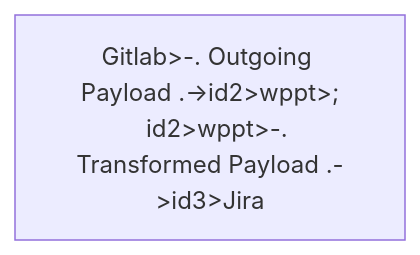
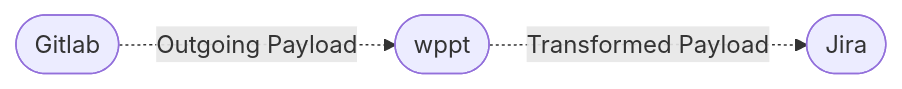
Before and after one commit to redhat-performance/wppt: the diagram in README.md, drawn with Mermaid.

Commit message:
docs: graph styling again

````diff
--- a/README.md
+++ b/README.md
@@ -19,5 +19,5 @@
 ```mermaid
- flowchart LR;
-    id1[Gitlab>-. Outgoing Payload .->id2>wppt>;
-    id2>wppt>-. Transformed Payload .->id3>Jira];
+ flowchart LR
+    id1([Gitlab]) -. Outgoing Payload .-> id2([wppt])
+    id2([wppt]) -. Transformed Payload .-> id3([Jira])
 ```
````
